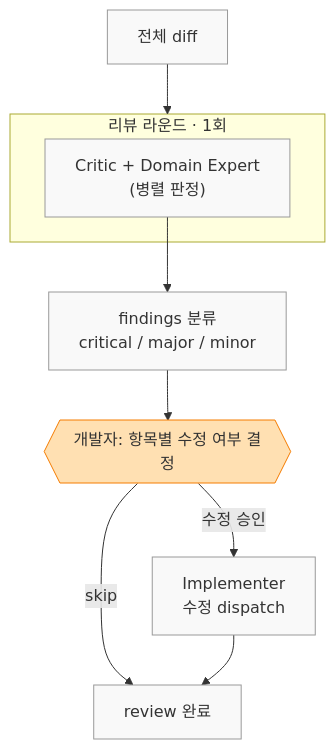
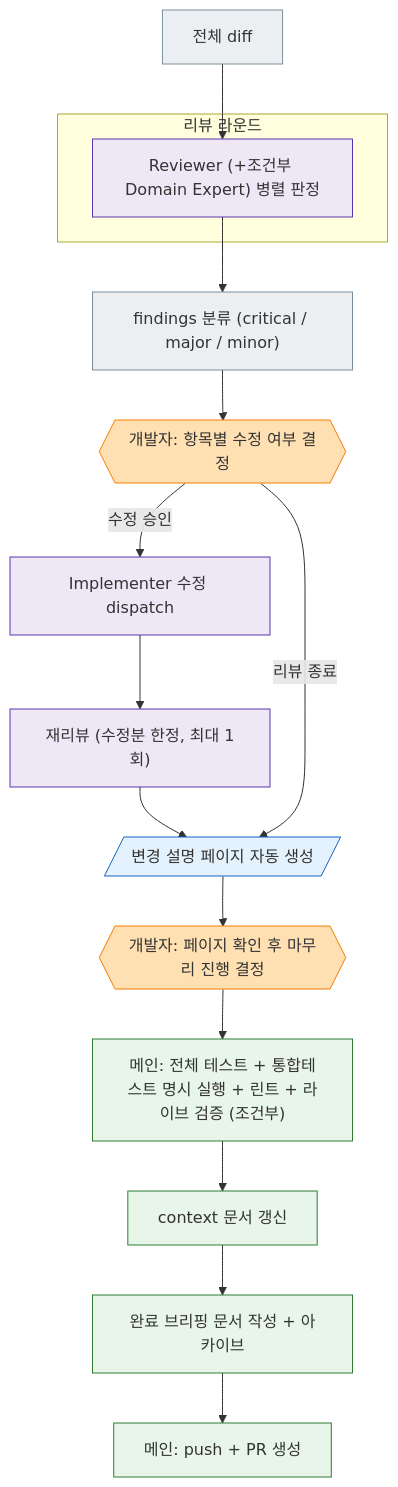
One commit to hyoguoo/hyoguoo.github.io changed the second of 2 diagrams in src/content/docs/blog/ai-backend-development-workflow.md. Above: the diagram before and after it, drawn with Mermaid. The commit also changed other lines of this file, not shown here.

Commit message:
mod: AI 워크플로우 활용 문서 최신화 진행

````diff
--- a/src/content/docs/blog/ai-backend-development-workflow.md
+++ b/src/content/docs/blog/ai-backend-development-workflow.md
@@ -416,16 +297,30 @@
 ```mermaid
 flowchart TB
-    A["전체 diff"] --> B
+    A["전체 diff"]
 
-    subgraph B ["리뷰 라운드 · 1회"]
-        B1["Critic + Domain Expert\n(병렬 판정)"]
+    subgraph B ["리뷰 라운드"]
+        B1["Reviewer (+조건부 Domain Expert) 병렬 판정"]
     end
 
-    B1 --> C[findings 분류\ncritical / major / minor]
+    A --> B1
+    B1 --> C["findings 분류 (critical / major / minor)"]
     C --> D{{개발자: 항목별 수정 여부 결정}}
-    D -->|수정 승인| E[Implementer\n수정 dispatch]
-    D -->|skip| F[review 완료]
-    E --> F
-    classDef default fill: #f9f9f9, stroke: #999, color: #333
-    style D fill: #FFE0B2, stroke: #F57C00, color: #333
+    D -->|수정 승인| E["Implementer 수정 dispatch"]
+    E --> E2["재리뷰 (수정분 한정, 최대 1회)"]
+    E2 --> P[/"변경 설명 페이지 자동 생성"/]
+    D -->|리뷰 종료| P
+    P --> F{{개발자: 페이지 확인 후 마무리 진행 결정}}
+    F --> G["메인: 전체 테스트 + 통합테스트 명시 실행 + 린트 + 라이브 검증 (조건부)"]
+    G --> H["context 문서 갱신"]
+    H --> I["완료 브리핑 문서 작성 + 아카이브"]
+    I --> J["메인: push + PR 생성"]
+    classDef default fill: #ECEFF1,stroke: #78909C,color: #333
+    classDef main fill: #E8F5E9,stroke: #2E7D32,color: #333
+    classDef agent fill: #EDE7F6,stroke: #5E35B1,color: #333
+    classDef gate fill: #FFE0B2,stroke: #F57C00,color: #333
+    classDef brief fill: #E3F2FD,stroke: #1565C0,color: #333
+    class G,H,I,J main
+    class B1,E,E2 agent
+    class D,F gate
+    class P brief
 ```
````
